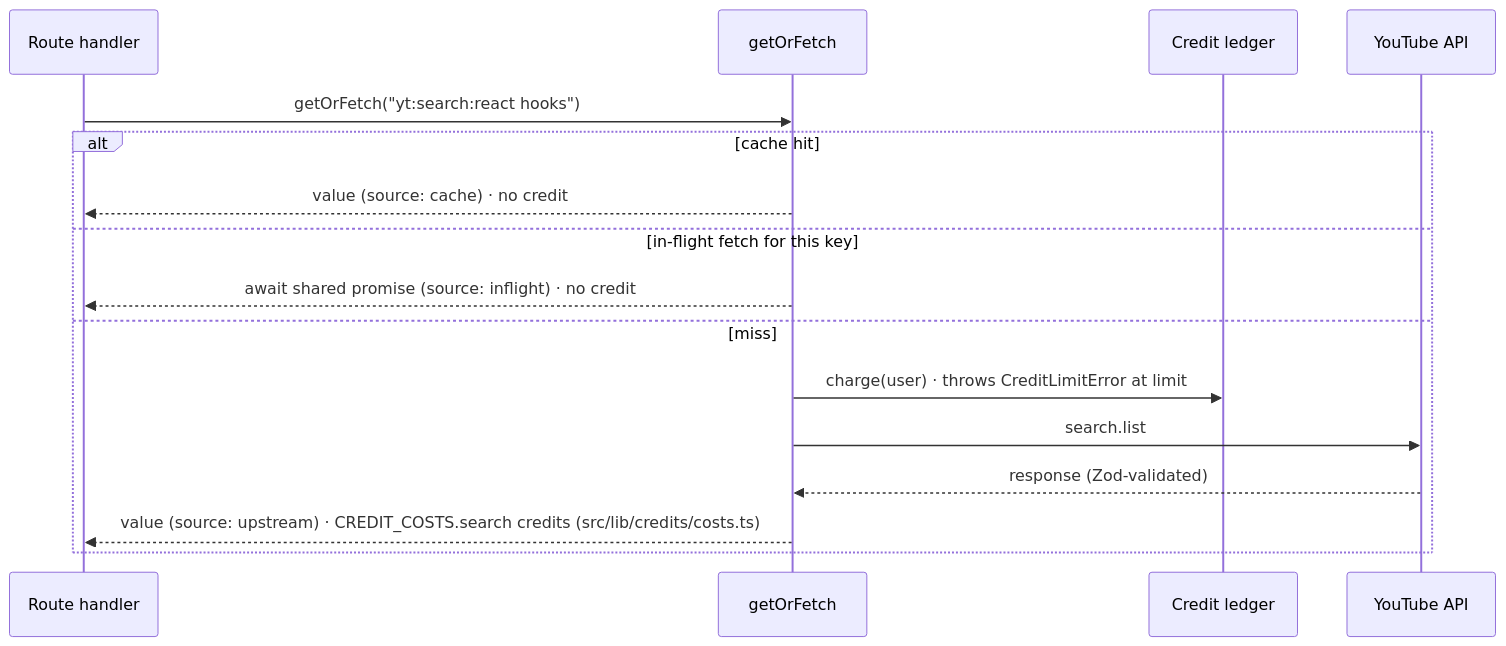
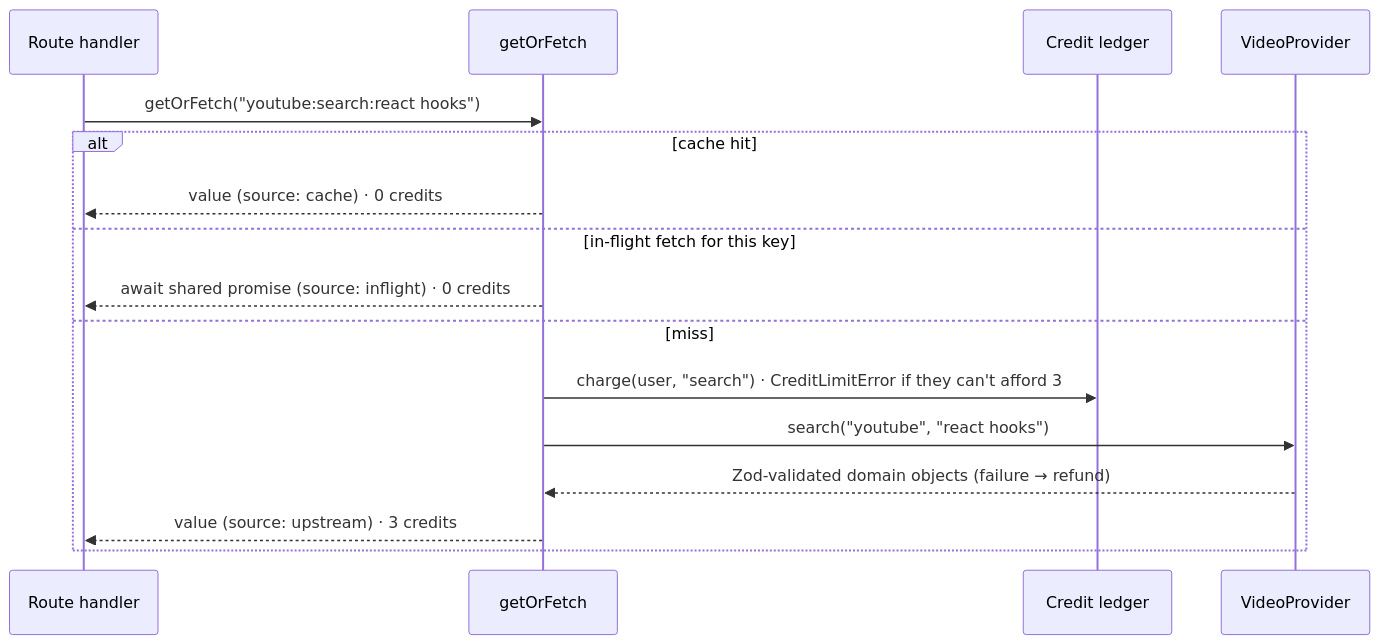
The diagram in README.md (JahanzaibImran/video-search-cache), drawn with Mermaid before and after one commit. The commit also changed other lines of this file, not shown here.

Commit message:
document per-endpoint credits, providers, comment states, validation and mocked tests

````diff
--- a/README.md
+++ b/README.md
@@ -26,18 +118,18 @@
 ```mermaid
 sequenceDiagram
     participant R as Route handler
     participant C as getOrFetch
     participant L as Credit ledger
-    participant Y as YouTube API
-    R->>C: getOrFetch("yt:search:react hooks")
+    participant P as VideoProvider
+    R->>C: getOrFetch("youtube:search:react hooks")
     alt cache hit
-        C-->>R: value (source: cache) · no credit
+        C-->>R: value (source: cache) · 0 credits
     else in-flight fetch for this key
-        C-->>R: await shared promise (source: inflight) · no credit
+        C-->>R: await shared promise (source: inflight) · 0 credits
     else miss
-        C->>L: charge(user) · throws CreditLimitError at limit
-        C->>Y: search.list
-        Y-->>C: response (Zod-validated)
-        C-->>R: value (source: upstream) · CREDIT_COSTS.search credits (src/lib/credits/costs.ts)
+        C->>L: charge(user, "search") · CreditLimitError if they can't afford 3
+        C->>P: search("youtube", "react hooks")
+        P-->>C: Zod-validated domain objects (failure → refund)
+        C-->>R: value (source: upstream) · 3 credits
     end
 ```
````
